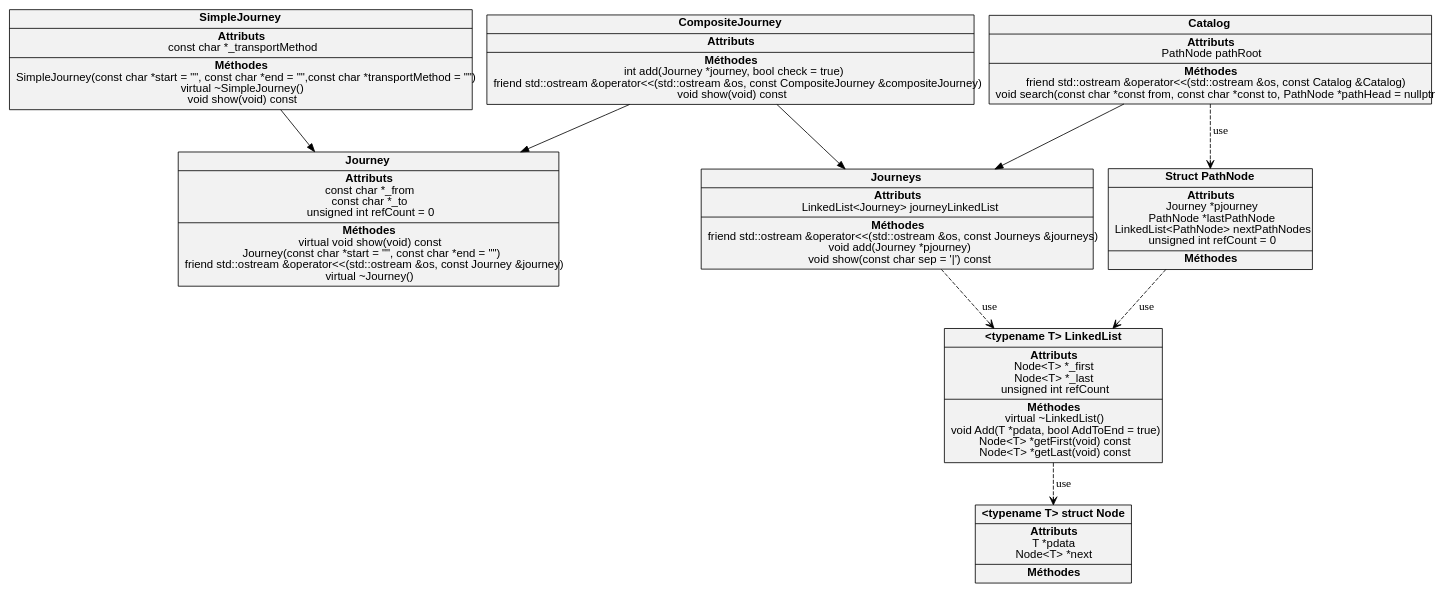
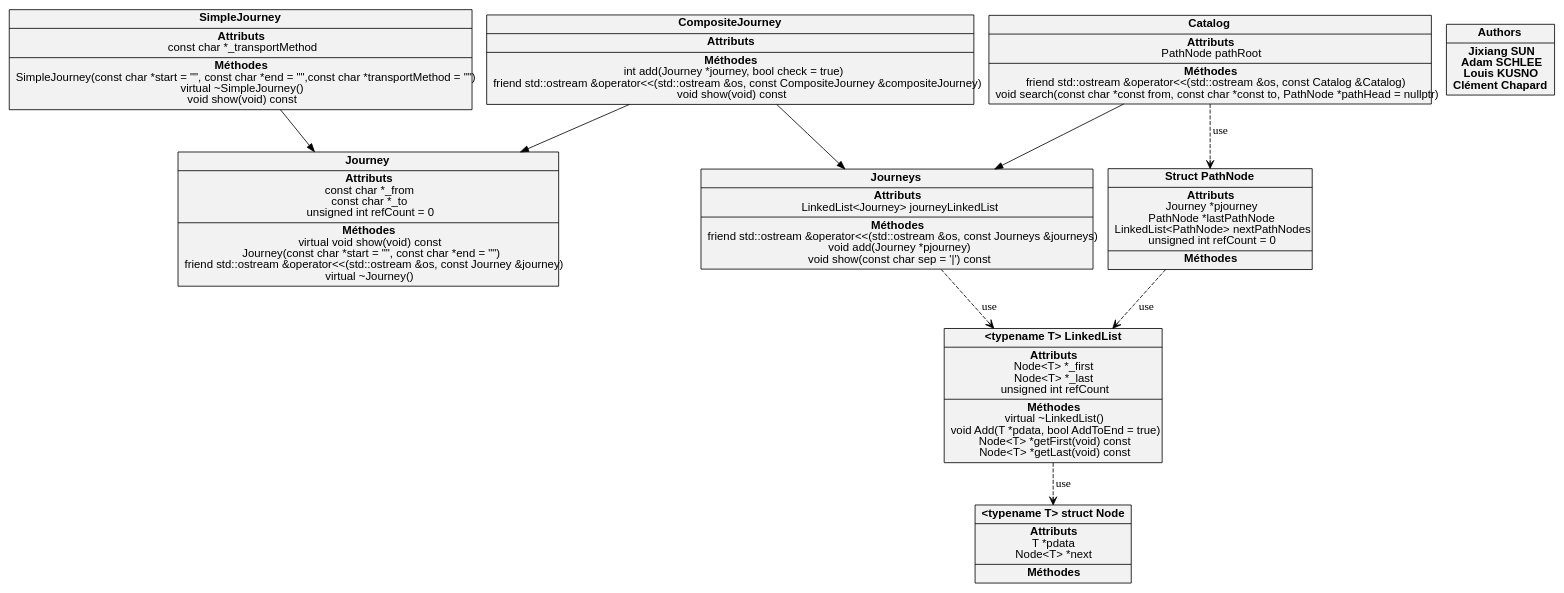
One commit to Snownamida/Cpp-TP2 changed the diagram in 架构图/héritage.dot. Above: the diagram before and after it, drawn with Graphviz. The commit also changed 1 other file, not shown here.

Commit message:
add: authors

```diff
--- a/架构图/héritage.dot
+++ b/架构图/héritage.dot
@@ -1,40 +1,42 @@
 digraph graphname {
     node [fontname = "Helvetica,Arial,sans-serif"; shape = record; style = filled; fillcolor = gray95;];
     
     
     
     
     "Journey" [label = <{<b>Journey</b>  |<b>Attributs</b><br/>const char *_from<br/>const char *_to<br/>unsigned int refCount = 0|<b>Méthodes</b><br/>virtual void show(void) const<br/>Journey(const char *start = &quot;&quot;, const char *end = &quot;&quot;)<br/>friend std::ostream &amp;operator&lt;&lt;(std::ostream &amp;os, const Journey &amp;journey)<br/>virtual ~Journey()}>;];
     
     
     "SimpleJourney" [label = <{<b>SimpleJourney</b>  |<b>Attributs</b><br/>const char *_transportMethod|<b>Méthodes</b><br/>SimpleJourney(const char *start = &quot;&quot;, const char *end = &quot;&quot;,const char *transportMethod = &quot;&quot;)<br/>virtual ~SimpleJourney()<br/>void show(void) const}>;];
     
     
     "Journeys" [label = <{<b>Journeys</b>  |<b>Attributs</b><br/>LinkedList&lt;Journey&gt; journeyLinkedList|<b>Méthodes</b><br/>friend std::ostream &amp;operator&lt;&lt;(std::ostream &amp;os, const Journeys &amp;journeys)<br/>void add(Journey *pjourney)<br/>void show(const char sep = &#x27;\|&#x27;) const}>;];
     
     
     "Catalog" [label = <{<b>Catalog</b>  |<b>Attributs</b><br/>PathNode pathRoot<br/>|<b>Méthodes</b><br/>friend std::ostream &amp;operator&lt;&lt;(std::ostream &amp;os, const Catalog &amp;Catalog)<br/>void search(const char *const from, const char *const to, PathNode *pathHead = nullptr)}>;];
     
     
     "Struct PathNode" [label = <{<b>Struct PathNode</b>  |<b>Attributs</b><br/>Journey *pjourney<br/>PathNode *lastPathNode<br/>LinkedList&lt;PathNode&gt; nextPathNodes<br/>unsigned int refCount = 0|<b>Méthodes</b>}>;];
     
     
     "CompositeJourney" [label = <{<b>CompositeJourney</b>  |<b>Attributs</b>|<b>Méthodes</b><br/>int add(Journey *journey, bool check = true)<br/>friend std::ostream &amp;operator&lt;&lt;(std::ostream &amp;os, const CompositeJourney &amp;compositeJourney)<br/>void show(void) const}>;];
     
     
     "<typename T> struct Node" [label = <{<b>&lt;typename T&gt; struct Node</b>  |<b>Attributs</b><br/>T *pdata<br/>Node&lt;T&gt; *next|<b>Méthodes</b>}>;];
     
     
     "<typename T> LinkedList" [label = <{<b>&lt;typename T&gt; LinkedList</b>  |<b>Attributs</b><br/>Node&lt;T&gt; *_first<br/>Node&lt;T&gt; *_last<br/>unsigned int refCount|<b>Méthodes</b><br/>virtual ~LinkedList()<br/>void Add(T *pdata, bool AddToEnd = true)<br/>Node&lt;T&gt; *getFirst(void) const<br/>Node&lt;T&gt; *getLast(void) const}>;];
     
+    "Authors" [label = <{<b>Authors</b>  |<b>Jixiang SUN<br/>Adam SCHLEE<br/>Louis KUSNO<br/>Clément Chapard </b>}>;];
+    
     Catalog -> Journeys;
     CompositeJourney -> Journeys;
     CompositeJourney -> Journey;
     SimpleJourney -> Journey;
     
     edge [arrowhead = vee; style = dashed;];
     "<typename T> LinkedList" -> "<typename T> struct Node" [label = use;];
     Catalog -> "Struct PathNode" [label = use;];
     "Struct PathNode" -> "<typename T> LinkedList" [label = use;];
     Journeys -> "<typename T> LinkedList" [label = use;];
 }
```
